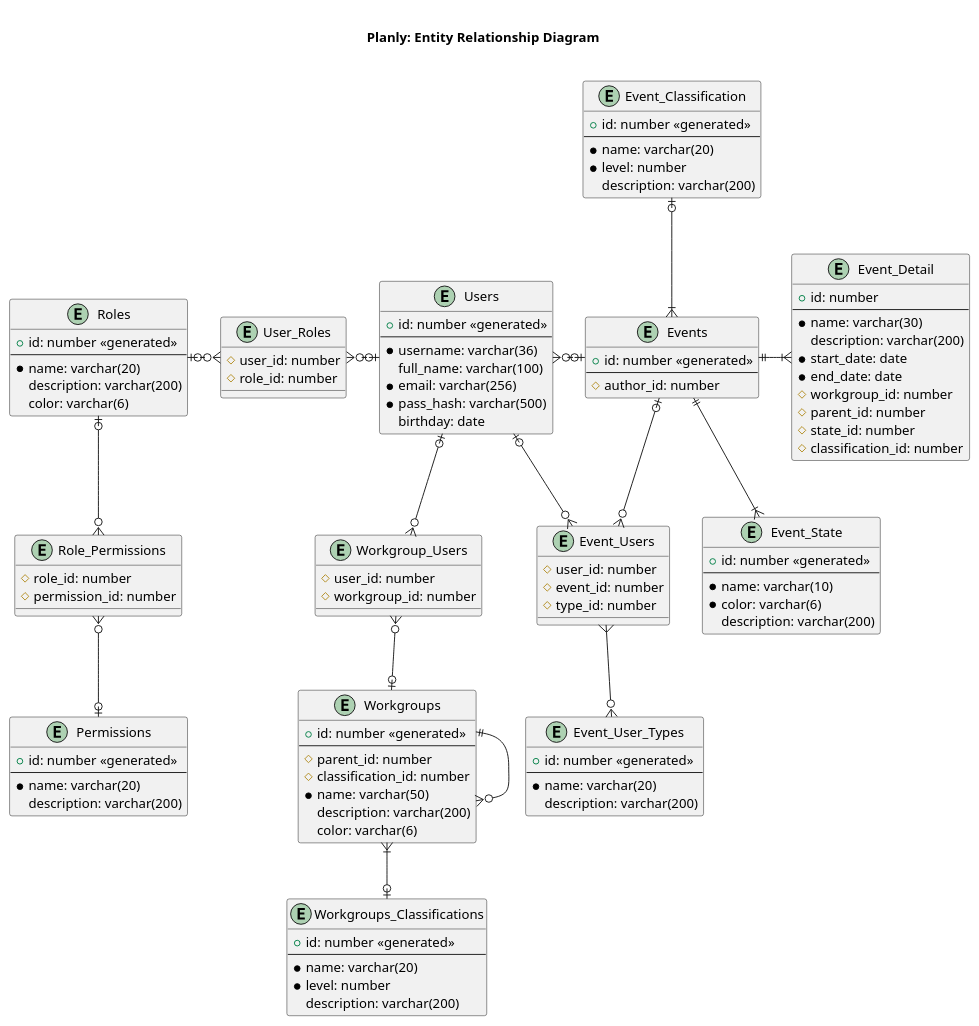
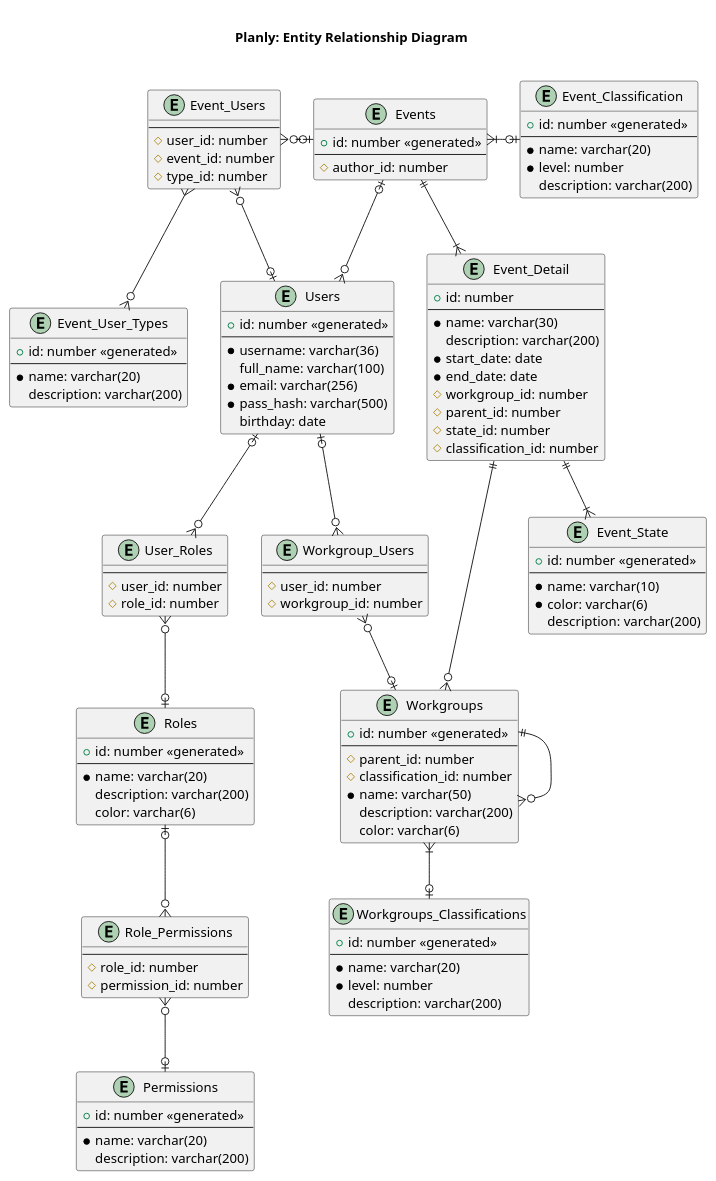
One commit to MrDahaniel/Planly changed the diagram in Planning and Design/DatabaseDiagram.plantuml. Above: the diagram before and after it, drawn with PlantUML. The commit also changed 1 other file, not shown here.

Commit message:
Updated database diagram

```diff
--- a/Planning and Design/DatabaseDiagram.plantuml
+++ b/Planning and Design/DatabaseDiagram.plantuml
@@ -1,136 +1,141 @@
 @startuml yumlyDatabaseDiagram
 
     title \n Planly: Entity Relationship Diagram \n
 
     entity Users {
         + id: number «generated»
         ---
         * username: varchar(36)
         full_name: varchar(100)
         * email: varchar(256)
         * pass_hash: varchar(500)
         birthday: date
     }
 
     entity Roles {
         + id: number «generated»
         ---
         * name: varchar(20)
         description: varchar(200)
         color: varchar(6)
     }
 
     entity User_Roles {
+        ---
         # user_id: number
         # role_id: number
     }
     
     entity Permissions {
         + id: number «generated»
         ---
         * name: varchar(20)
         description: varchar(200)
     }
 
     entity Role_Permissions {
+        ---
         # role_id: number
         # permission_id: number
     }
 
     entity Workgroups {
         + id: number «generated»
         ---
         # parent_id: number
         # classification_id: number
         * name: varchar(50)
         description: varchar(200)
         color: varchar(6)
     }
 
     entity Workgroup_Users {
+        ---
         # user_id: number
         # workgroup_id: number
     }
 
     entity Workgroups_Classifications {
         + id: number «generated»
         ---
         * name: varchar(20)
         * level: number
         description: varchar(200)
     }
 
     entity Events {
         + id: number «generated»
         ---
         # author_id: number
     }
 
     entity Event_Users {
+        ---
         # user_id: number
         # event_id: number
         # type_id: number
     }
 
     entity Event_User_Types {
         + id: number «generated»
         ---
         * name: varchar(20)
         description: varchar(200)
     }
 
     entity Event_State {
         + id: number «generated»
         ---
         * name: varchar(10)
         * color: varchar(6)
         description: varchar(200)
     }
 
     entity Event_Classification {
         + id: number «generated»
         ---
         * name: varchar(20)
         * level: number
         description: varchar(200)
     }
 
     entity Event_Detail {
         + id: number
         ---
         * name: varchar(30)
         description: varchar(200)
         * start_date: date
         * end_date: date
         # workgroup_id: number
         # parent_id: number
         # state_id: number
         # classification_id: number
     }
 
-    Users |o-left-o{ User_Roles
-    Users |o-right-o{ Event_Users
-    User_Roles }o-left-o| Roles
+    Users |o--o{ User_Roles
+    Users |o--o{ Event_Users
+    User_Roles }o--o| Roles
 
     Users |o--o{ Workgroup_Users
     Workgroup_Users }o--o| Workgroups
 
     Roles |o--o{ Role_Permissions
     Role_Permissions }o--o| Permissions
 
-    Events ||-right-|{ Event_Detail
-    Events |o-left-o{ Users
-    Events |o--o{ Event_Users
+    Events ||--|{ Event_Detail
+    Events |o--o{ Users
+    Events |o-left-o{ Event_Users
     Event_Users }--o{ Event_User_Types 
-    Events ||--|{ Event_State
-    Events }|-up-o| Event_Classification
+    Event_Detail ||--|{ Event_State
+    Events }|-right-o| Event_Classification
 
     Workgroups }|--o| Workgroups_Classifications
     Workgroups ||--o{ Workgroups
 
+    Event_Detail ||--o{ Workgroups
     ' Users ||--o{ Events
 
 
 
 
 @enduml
```
